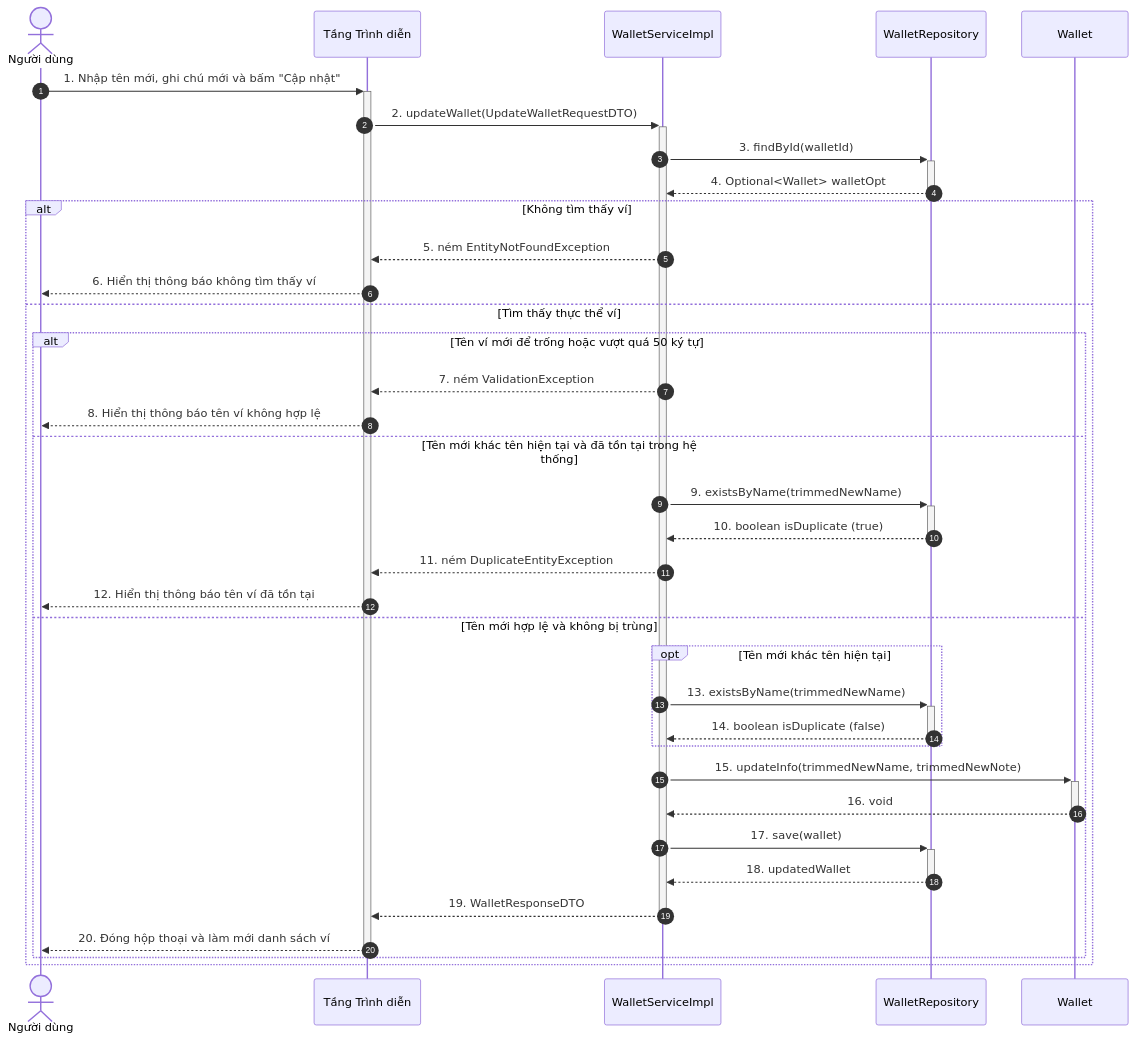
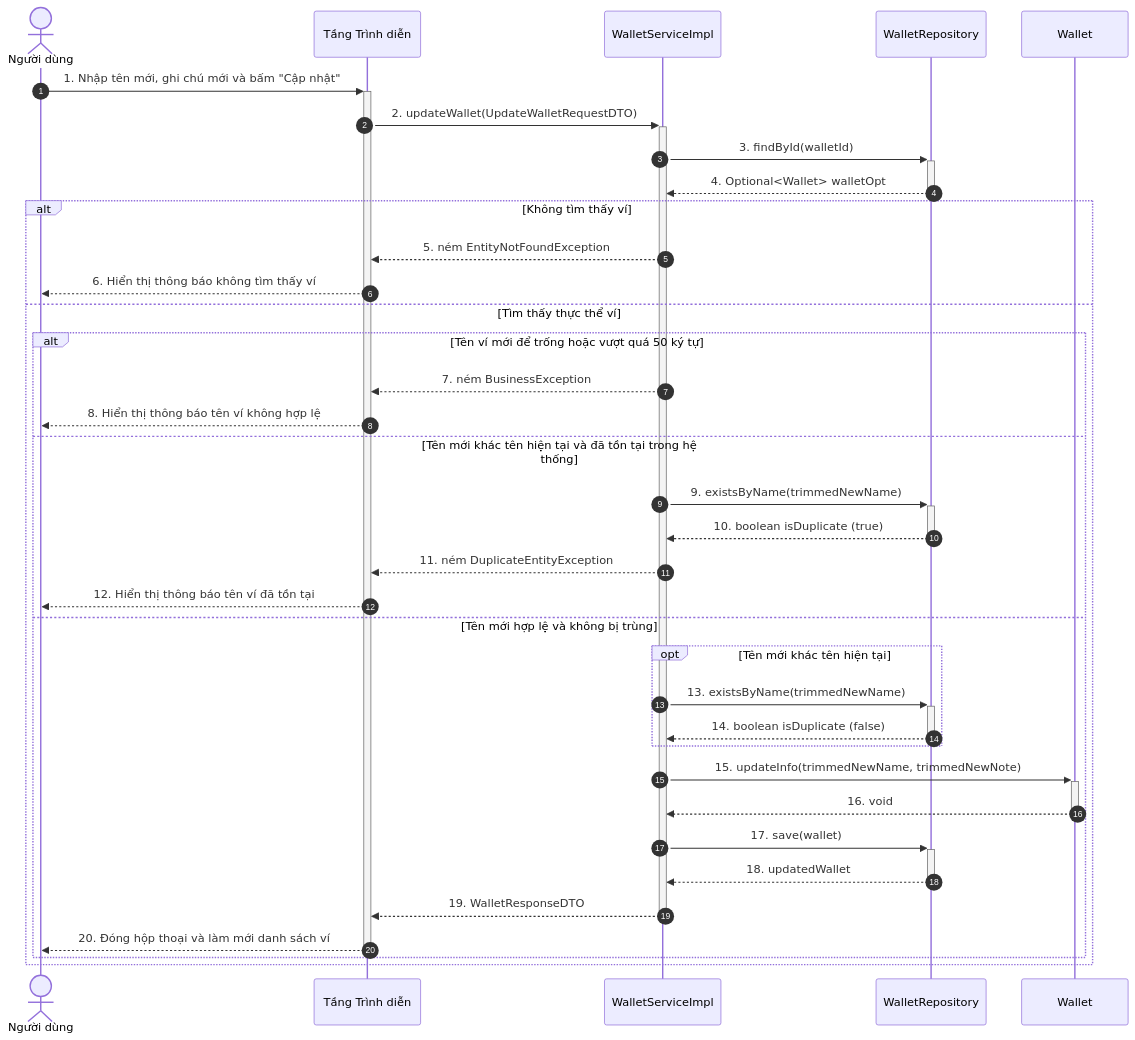
The fourth of 21 diagrams in docs/object-oriented-design/05-so-do-tuong-tac-thiet-ke-sequence-diagram.md (mynhleeh/pfms-oop), drawn with Mermaid before and after one commit. The commit also changed other lines of this file and 15 other files, not shown here.

````diff
--- a/docs/object-oriented-design/05-so-do-tuong-tac-thiet-ke-sequence-diagram.md
+++ b/docs/object-oriented-design/05-so-do-tuong-tac-thiet-ke-sequence-diagram.md
@@ -166,39 +166,39 @@
 ```mermaid
 sequenceDiagram
     autonumber
     actor User as Người dùng
     participant GUI as Tầng Trình diễn
     participant WalletService as WalletServiceImpl
     participant WalletRepo as WalletRepository
     participant Wallet as Wallet
 
     User->>+GUI: 1. Nhập tên mới, ghi chú mới và bấm "Cập nhật"
     GUI->>+WalletService: 2. updateWallet(UpdateWalletRequestDTO)
     WalletService->>+WalletRepo: 3. findById(walletId)
     WalletRepo-->>-WalletService: 4. Optional<Wallet> walletOpt
     alt Không tìm thấy ví
         WalletService-->>GUI: 5. ném EntityNotFoundException
         GUI-->>User: 6. Hiển thị thông báo không tìm thấy ví
     else Tìm thấy thực thể ví
         alt Tên ví mới để trống hoặc vượt quá 50 ký tự
-            WalletService-->>GUI: 7. ném ValidationException
+            WalletService-->>GUI: 7. ném BusinessException
             GUI-->>User: 8. Hiển thị thông báo tên ví không hợp lệ
         else Tên mới khác tên hiện tại và đã tồn tại trong hệ thống
             WalletService->>+WalletRepo: 9. existsByName(trimmedNewName)
             WalletRepo-->>-WalletService: 10. boolean isDuplicate (true)
             WalletService-->>GUI: 11. ném DuplicateEntityException
             GUI-->>User: 12. Hiển thị thông báo tên ví đã tồn tại
         else Tên mới hợp lệ và không bị trùng
             opt Tên mới khác tên hiện tại
                 WalletService->>+WalletRepo: 13. existsByName(trimmedNewName)
                 WalletRepo-->>-WalletService: 14. boolean isDuplicate (false)
             end
             WalletService->>+Wallet: 15. updateInfo(trimmedNewName, trimmedNewNote)
             Wallet-->>-WalletService: 16. void
             WalletService->>+WalletRepo: 17. save(wallet)
             WalletRepo-->>-WalletService: 18. updatedWallet
             WalletService-->>-GUI: 19. WalletResponseDTO
             GUI-->>-User: 20. Đóng hộp thoại và làm mới danh sách ví
         end
     end
 ```
````
